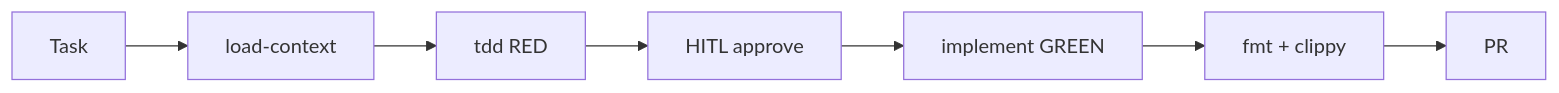
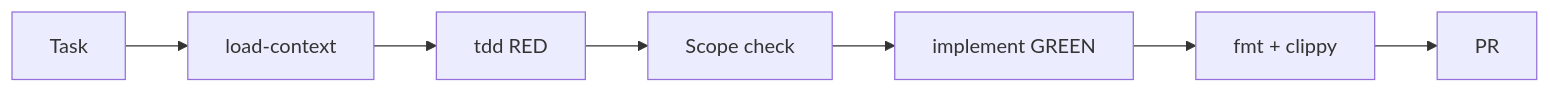
The first of 2 diagrams in AGENTS.md (igmarin/rust-core-skills), drawn with Mermaid before and after one commit. The commit also changed other lines of this file and 10 other files, not shown here.

````diff
--- a/AGENTS.md
+++ b/AGENTS.md
@@ -19,9 +19,9 @@
 ```mermaid
 flowchart LR
   A[Task] --> B[load-context]
   B --> C[tdd RED]
-  C --> D[HITL approve]
+  C --> D[Scope check]
   D --> E[implement GREEN]
   E --> F[fmt + clippy]
   F --> G[PR]
 ```
````
